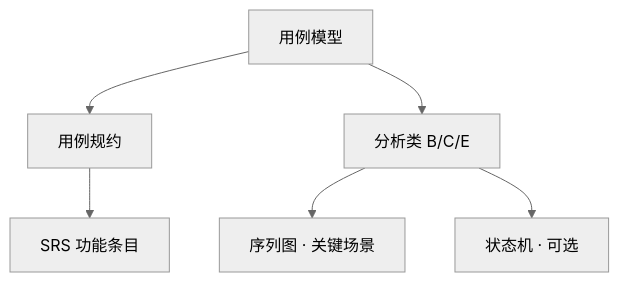
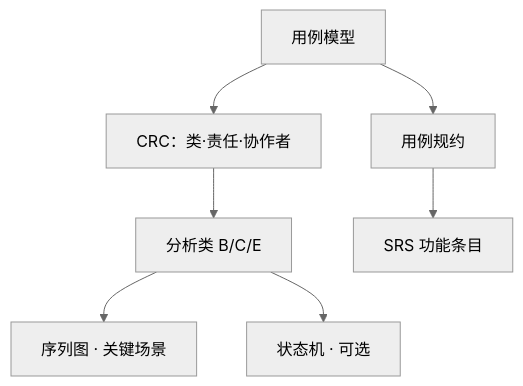
Diagram 11 of 13 in public/kb/速查/结构化与面向对象分析-体系化学习路径.md (xiamengquan/sysanalyst-quiz), drawn with Mermaid (neutral theme) before and after one commit. The commit also changed other lines of this file and 17 other files, not shown here.

````diff
--- a/public/kb/速查/结构化与面向对象分析-体系化学习路径.md
+++ b/public/kb/速查/结构化与面向对象分析-体系化学习路径.md
@@ -444,8 +502,9 @@
 ```mermaid
 flowchart TB
   UC[用例模型] --> SPEC[用例规约]
-  UC --> BCE[分析类 B/C/E]
+  UC --> CRC[CRC：类·责任·协作者]
+  CRC --> BCE[分析类 B/C/E]
   BCE --> SEQ[序列图 · 关键场景]
   BCE --> STATE[状态机 · 可选]
   SPEC --> SRS[SRS 功能条目]
 ```
````
